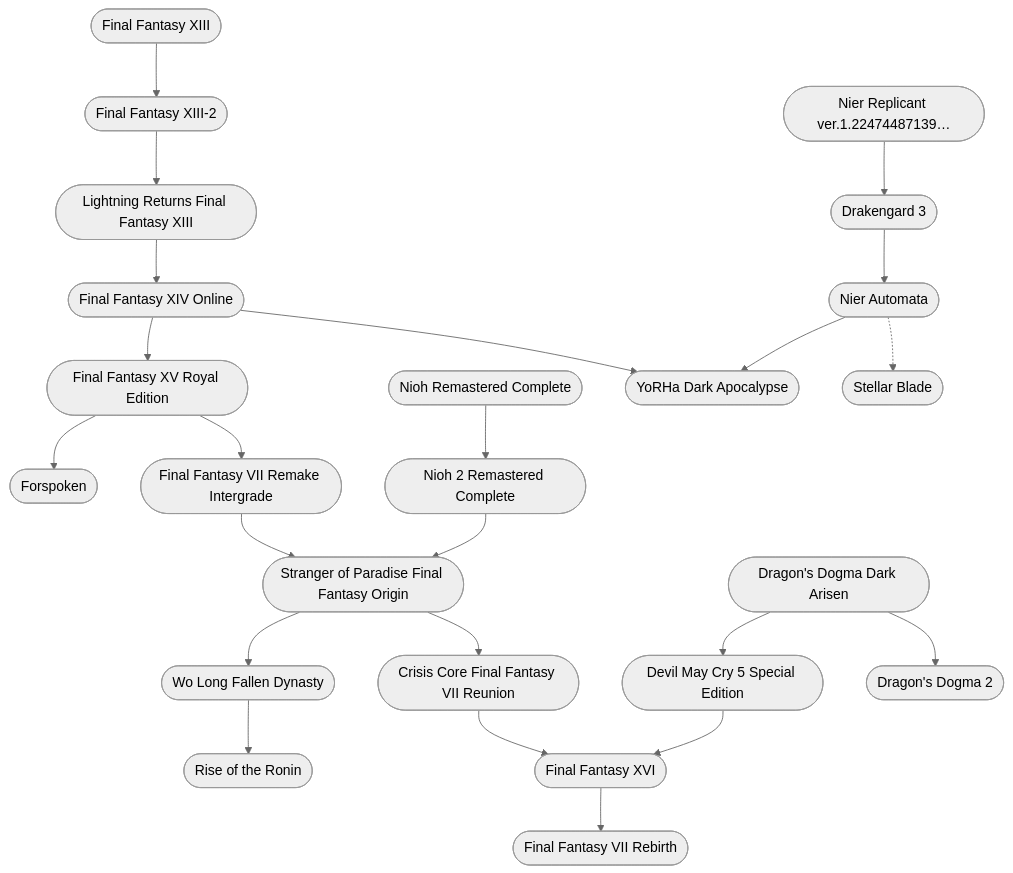
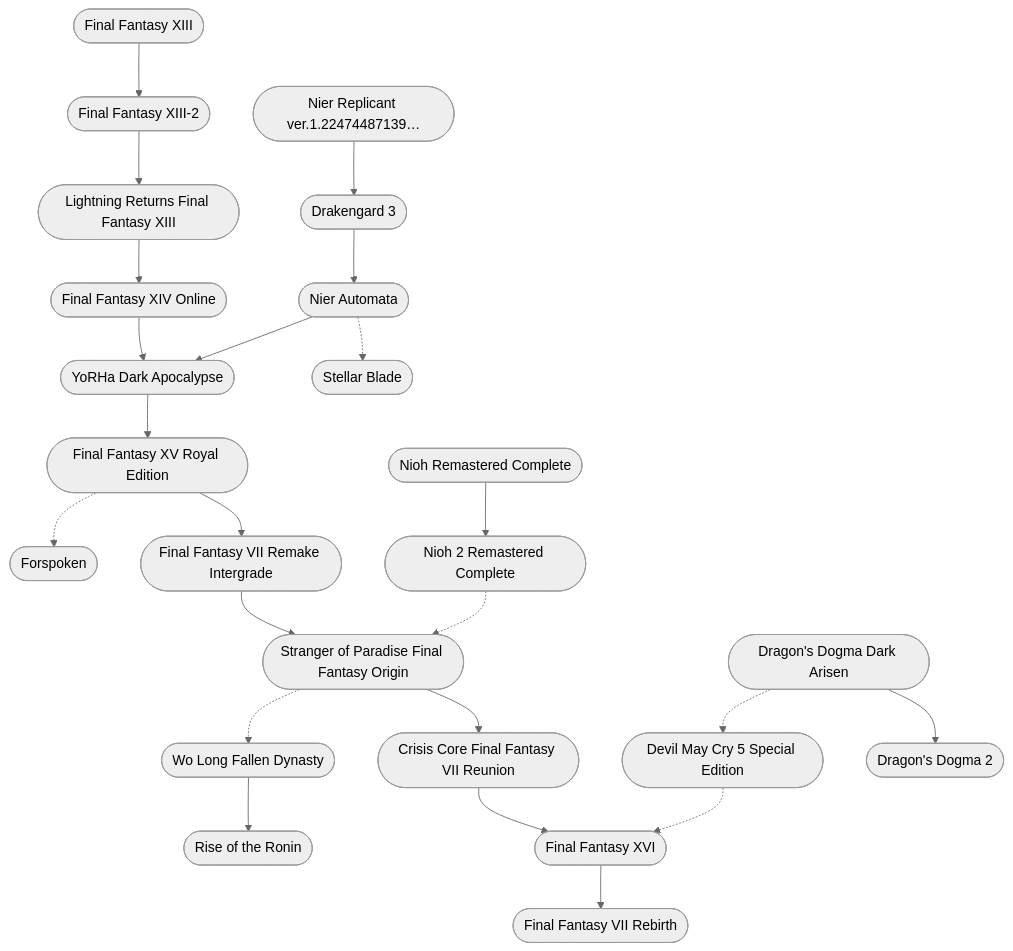
The diagram in collections/playlists/Fantasy Action.md (steinea/obsidian-vault), drawn with Mermaid (neutral theme) before and after one commit. The commit also changed other lines of this file and 2 other files, not shown here.

````diff
--- a/collections/playlists/Fantasy Action.md
+++ b/collections/playlists/Fantasy Action.md
@@ -42,52 +42,50 @@
 ```mermaid
 flowchart TD;
 
 FFXIII(["Final Fantasy XIII"])
 FFXIII2(["Final Fantasy XIII-2"])
 LRFFXIII(["Lightning Returns Final Fantasy XIII"])
 
 FFXIVO(["Final Fantasy XIV Online"])
 FFXVRE(["Final Fantasy XV Royal Edition"]) 
 FRSPKN(["Forspoken"])
 
 FFVIIRI(["Final Fantasy VII Remake Intergrade"])
 CCFFVIIR(["Crisis Core Final Fantasy VII Reunion"])
 FFVIIR(["Final Fantasy VII Rebirth"])
 
 NIOH(["Nioh Remastered Complete"])
 NIOH2(["Nioh 2 Remastered Complete"])
 SOPFFO(["Stranger of Paradise Final Fantasy Origin"])
 WLFD(["Wo Long Fallen Dynasty"])
 ROTR(["Rise of the Ronin"])
 
 DDDA(["Dragon's Dogma Dark Arisen"])
 DMC5SE(["Devil May Cry 5 Special Edition"])
 FFXVI(["Final Fantasy XVI"])
 DD2(["Dragon's Dogma 2"])
 
 NIERRV(["Nier Replicant ver.1.22474487139…"])
 DG3(["Drakengard 3"])
 NIERA(["Nier Automata"])
 YORHADA(["YoRHa Dark Apocalypse"])
 
 STELLAR(["Stellar Blade"])
 
-FFXIII --> FFXIII2 --> LRFFXIII --> FFXIVO --> FFXVRE --> FFVIIRI --> SOPFFO --> CCFFVIIR --> FFXVI --> FFVIIR
+FFXIII --> FFXIII2 --> LRFFXIII --> FFXIVO --> YORHADA --> FFXVRE --> FFVIIRI --> SOPFFO --> CCFFVIIR --> FFXVI --> FFVIIR
 
-NIOH --> NIOH2 --> SOPFFO --> WLFD --> ROTR
+NIOH --> NIOH2 -.-> SOPFFO -.-> WLFD --> ROTR
 
-DDDA --> DMC5SE --> FFXVI
+DDDA -.-> DMC5SE -.-> FFXVI
 
 DDDA --> DD2
 
-FFXIVO --> YORHADA
-
 NIERRV --> DG3 --> NIERA --> YORHADA
 
-FFXVRE --> FRSPKN
+FFXVRE -.-> FRSPKN
 
 NIERA -.-> STELLAR
 
 class FFXIII,FFXIII2,LRFFXIII,FFXVRE,FFVIIRI,CCFFVIIR,NIOH,NIOH2,SOPFFO,WLFD,DDDA,DMC5SE,FFXVI,FFVIIR,ROTR,FFXIVO,DG3,NIERRV,NIERA,YORHADA,DD2,FRSPKN,STELLAR internal-link;
 
 ```
````
